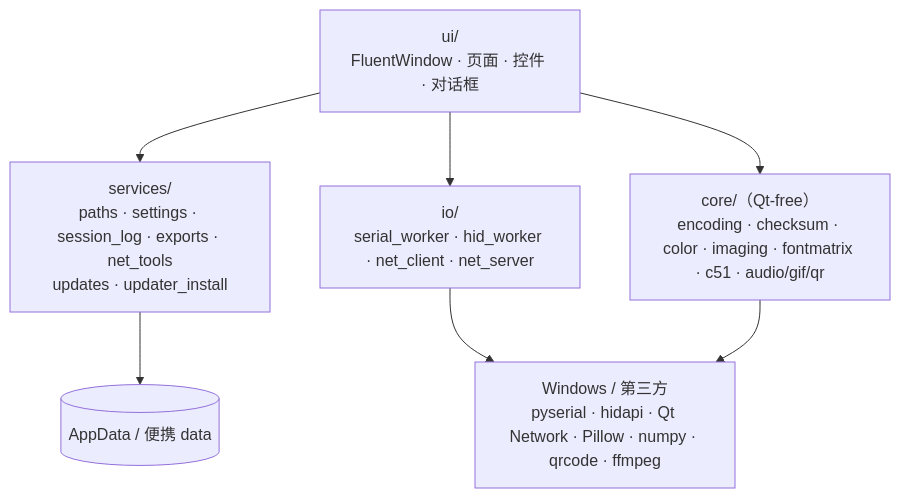
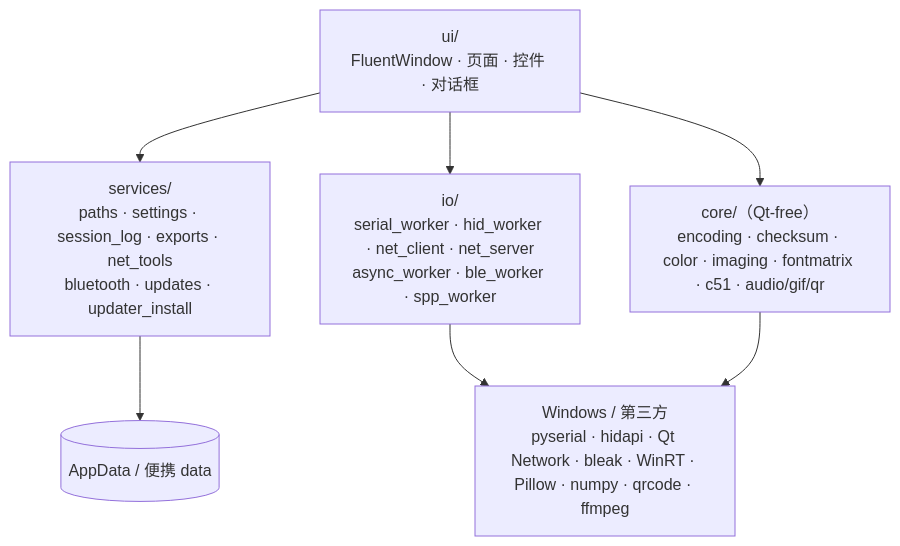
One commit to Yaopyr/PortHelperFluent changed the first of 3 diagrams in docs/ARCHITECTURE.md. Above: the diagram before and after it, drawn with Mermaid. The commit also changed other lines of this file and 10 other files, not shown here.

````diff
--- a/docs/ARCHITECTURE.md
+++ b/docs/ARCHITECTURE.md
@@ -17,16 +17,16 @@
 ```mermaid
 flowchart TB
     UI["ui/<br/>FluentWindow · 页面 · 控件 · 对话框"]
-    SVC["services/<br/>paths · settings · session_log · exports · net_tools<br/>updates · updater_install"]
-    IO["io/<br/>serial_worker · hid_worker · net_client · net_server"]
+    SVC["services/<br/>paths · settings · session_log · exports · net_tools<br/>bluetooth · updates · updater_install"]
+    IO["io/<br/>serial_worker · hid_worker · net_client · net_server<br/>async_worker · ble_worker · spp_worker"]
     CORE["core/（Qt-free）<br/>encoding · checksum · color · imaging · fontmatrix · c51 · audio/gif/qr"]
-    WIN["Windows / 第三方<br/>pyserial · hidapi · Qt Network · Pillow · numpy · qrcode · ffmpeg"]
+    WIN["Windows / 第三方<br/>pyserial · hidapi · Qt Network · bleak · WinRT · Pillow · numpy · qrcode · ffmpeg"]
     FS[("AppData / 便携 data")]
 
     UI --> SVC
     UI --> IO
     UI --> CORE
     SVC --> FS
     IO --> WIN
     CORE --> WIN
 ```
````
